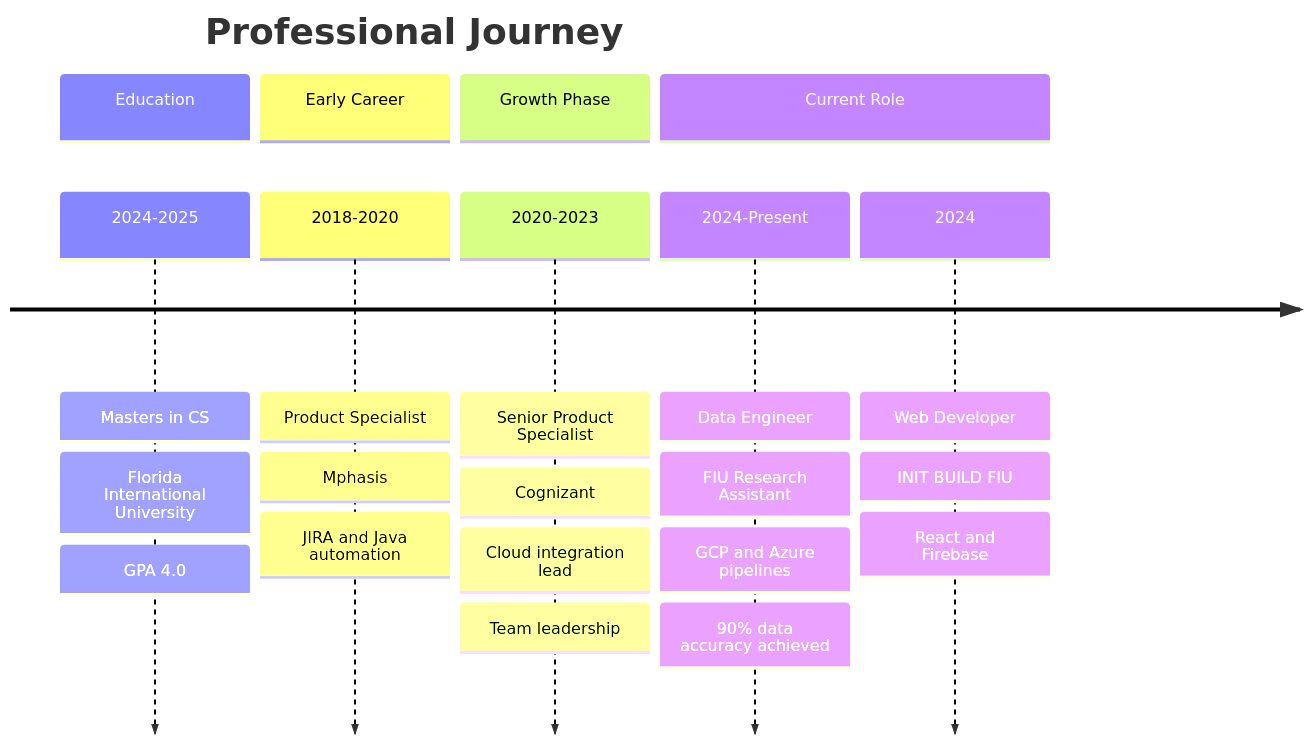
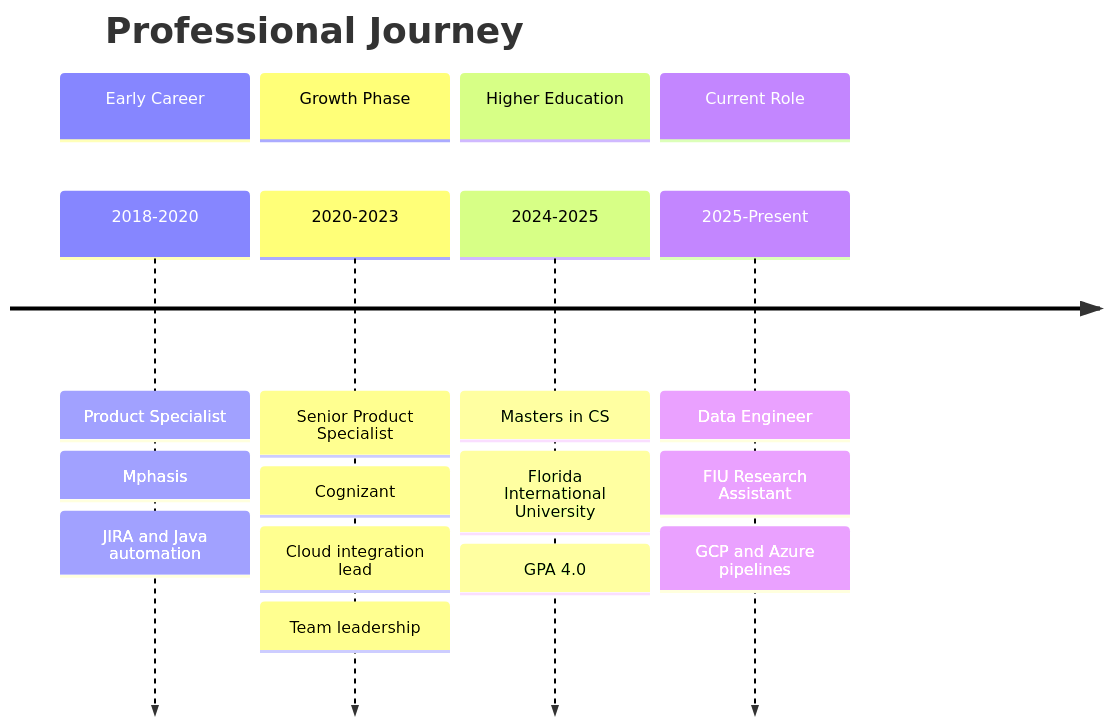
Before and after one commit to ragulkumar-v/ragulkumar-v: the third of 3 diagrams in README.md, drawn with Mermaid.

Commit message:
Career timeline: chronological order + Higher Education, 2025-Present
Reorder the timeline to Early Career → Growth Phase → Higher Education →
Current Role; rename Education to Higher Education; set Current Role to
2025-Present and trim it to Data Engineer / FIU Research Assistant /
GCP and Azure pipelines.

````diff
--- a/README.md
+++ b/README.md
@@ -132,25 +132,21 @@
 ```mermaid
 timeline
     title Professional Journey
-    section Education
-    2024-2025 : Masters in CS
-              : Florida International University
-              : GPA 4.0
     section Early Career
     2018-2020 : Product Specialist
               : Mphasis
               : JIRA and Java automation
     section Growth Phase
     2020-2023 : Senior Product Specialist
               : Cognizant
               : Cloud integration lead
               : Team leadership
+    section Higher Education
+    2024-2025 : Masters in CS
+              : Florida International University
+              : GPA 4.0
     section Current Role
-    2024-Present : Data Engineer
+    2025-Present : Data Engineer
                  : FIU Research Assistant
                  : GCP and Azure pipelines
-                 : 90% data accuracy achieved
-    2024 : Web Developer
-         : INIT BUILD FIU
-         : React and Firebase
 ```
````
